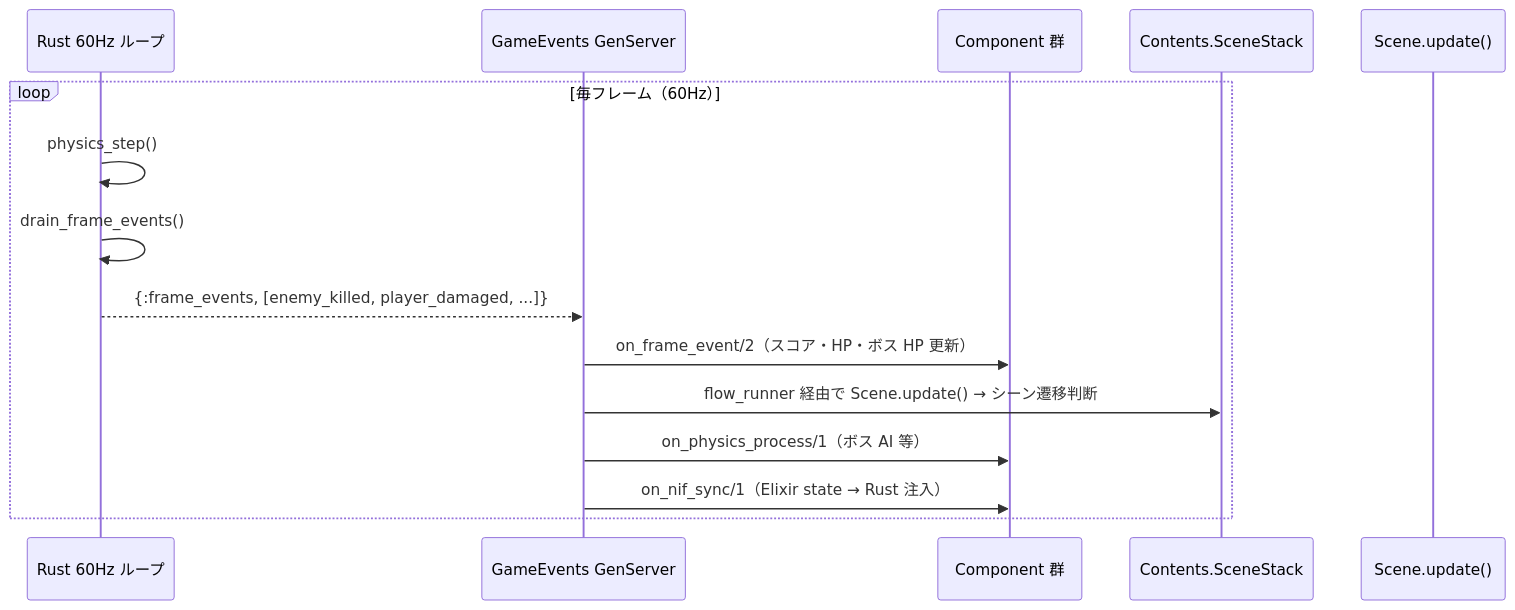
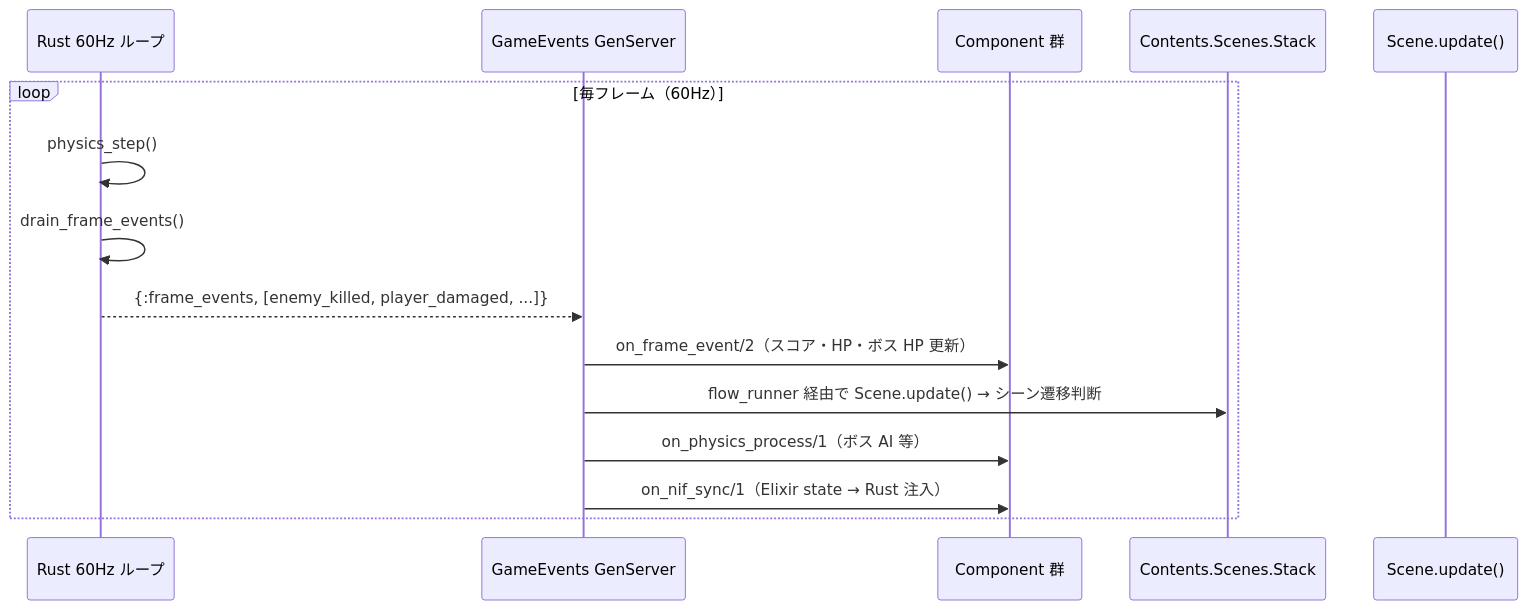
One commit to FRICK-ELDY/alchemy-engine changed the fourth of 16 diagrams in docs/architecture/overview.md. Above: the diagram before and after it, drawn with Mermaid. The commit also changed other lines of this file and 32 other files, not shown here.

Commit message:
refactor(contents): SceneStack を Contents.Scenes.Stack に移行（Phase 2）

````diff
--- a/docs/architecture/overview.md
+++ b/docs/architecture/overview.md
@@ -283,18 +283,18 @@
 ```mermaid
 sequenceDiagram
     participant R as Rust 60Hz ループ
     participant GE as GameEvents GenServer
     participant COMP as Component 群
-    participant SS as Contents.SceneStack
+    participant SS as Contents.Scenes.Stack
     participant S as Scene.update()
 
     loop 毎フレーム（60Hz）
         R->>R: physics_step()
         R->>R: drain_frame_events()
         R-->>GE: {:frame_events, [enemy_killed, player_damaged, ...]}
         GE->>COMP: on_frame_event/2（スコア・HP・ボス HP 更新）
         GE->>SS: flow_runner 経由で Scene.update() → シーン遷移判断
         GE->>COMP: on_physics_process/1（ボス AI 等）
         GE->>COMP: on_nif_sync/1（Elixir state → Rust 注入）
     end
 ```
````
